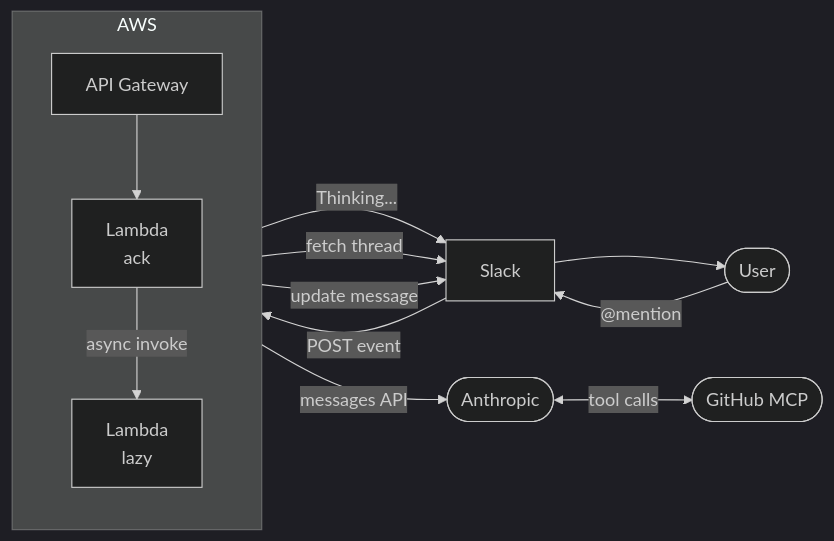
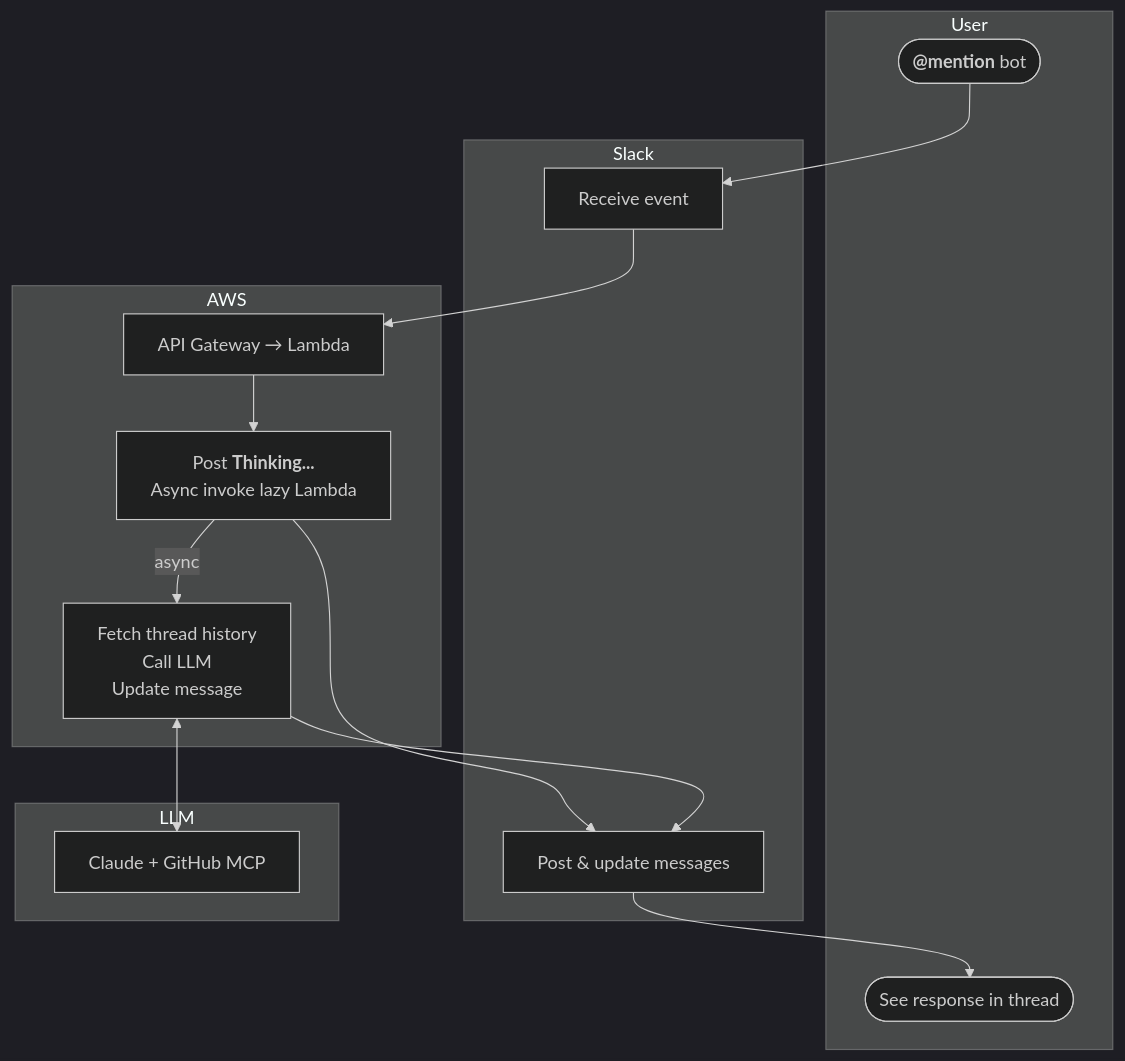
One commit to alecryan88/slack_bot changed the first of 2 diagrams in README.md. Above: the diagram before and after it, drawn with Mermaid (dark theme).

````diff
--- a/README.md
+++ b/README.md
@@ -7,18 +7,30 @@
 ```mermaid
-flowchart LR
-    User([User]) -->|"@mention"| Slack
+flowchart TD
+    subgraph User
+        A(["`**@mention** bot`"])
+        F([See response in thread])
+    end
+
+    subgraph Slack
+        B[Receive event]
+        E[Post & update messages]
+    end
 
     subgraph AWS
-        direction TB
-        APIGW[API Gateway] --> Lambda1[Lambda\nack]
-        Lambda1 -->|async invoke| Lambda2[Lambda\nlazy]
+        C[API Gateway → Lambda]
+        D["`Post **Thinking...**
+        Async invoke lazy Lambda`"]
+        G["`Fetch thread history
+        Call LLM
+        Update message`"]
     end
 
-    Slack -->|POST event| APIGW
-    Lambda1 -->|Thinking...| Slack
-    Lambda2 -->|fetch thread| Slack
-    Lambda2 -->|messages API| Anthropic([Anthropic])
-    Anthropic <-->|tool calls| GitHub([GitHub MCP])
-    Lambda2 -->|update message| Slack
-    Slack --> User
+    subgraph LLM
+        H[Claude + GitHub MCP]
+    end
+
+    A --> B --> C --> D --> E
+    D -->|async| G
+    G <--> H
+    G --> E --> F
 ```
````
